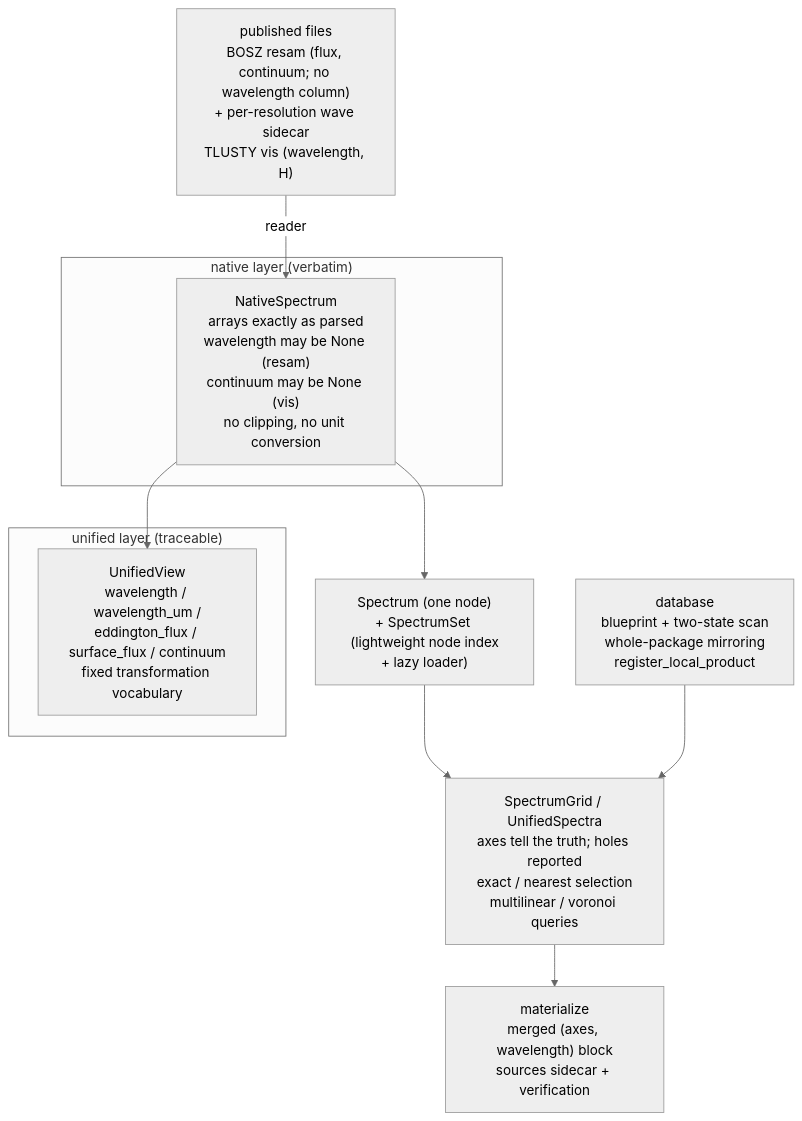
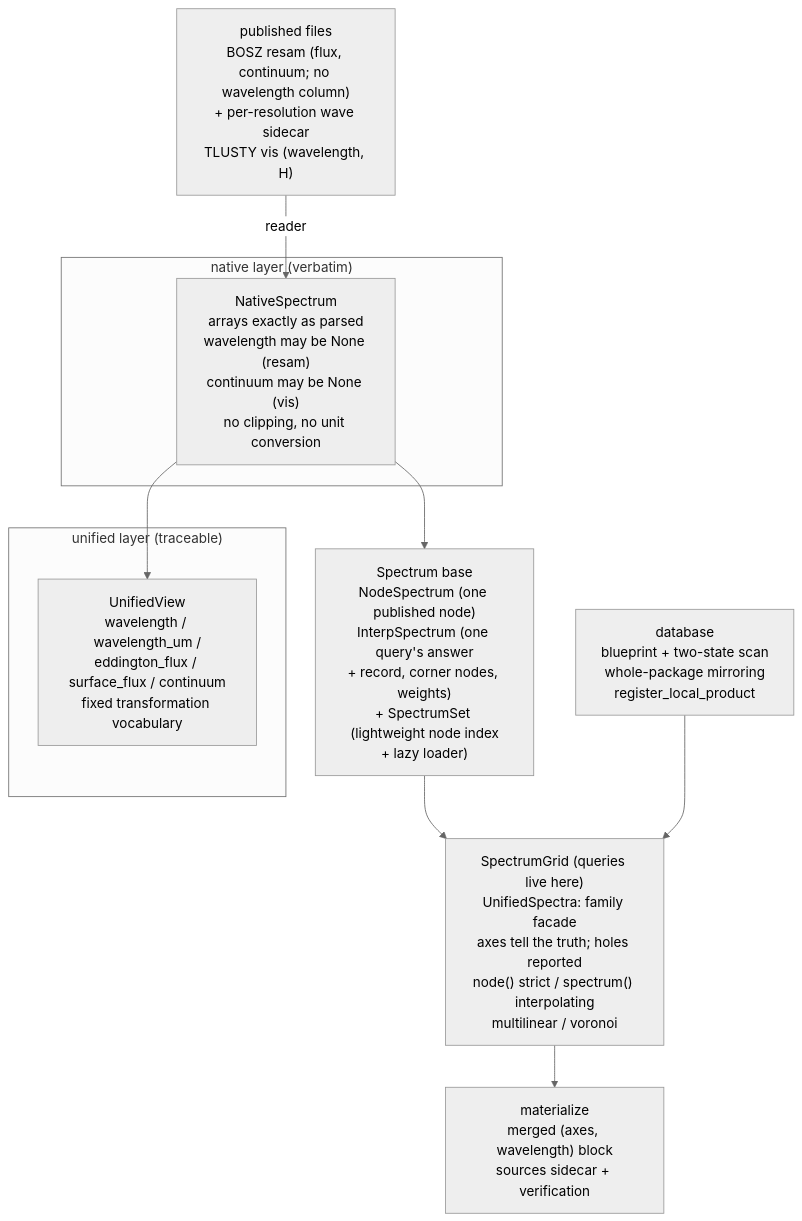
The first of 2 diagrams in docs/architecture.md (astro-jingtao/stellarlib), drawn with Mermaid (neutral theme) before and after one commit. The commit also changed other lines of this file and 15 other files, not shown here.

First line of the commit message:
feat: split node and query interfaces — grid.node/spectrum, NodeSpectrum/InterpSpectrum

````diff
--- a/docs/architecture.md
+++ b/docs/architecture.md
@@ -14,18 +14,18 @@
 ```mermaid
 flowchart TB
     FILES["published files<br/>BOSZ resam (flux, continuum; no wavelength column)<br/>+ per-resolution wave sidecar<br/>TLUSTY vis (wavelength, H)"]
     subgraph NATIVE["native layer (verbatim)"]
         NS["NativeSpectrum<br/>arrays exactly as parsed<br/>wavelength may be None (resam)<br/>continuum may be None (vis)<br/>no clipping, no unit conversion"]
     end
     subgraph UNIFIED["unified layer (traceable)"]
         UV["UnifiedView<br/>wavelength / wavelength_um /<br/>eddington_flux / surface_flux / continuum<br/>fixed transformation vocabulary"]
     end
-    SP["Spectrum (one node)<br/>+ SpectrumSet (lightweight node index<br/>+ lazy loader)"]
-    GRID["SpectrumGrid / UnifiedSpectra<br/>axes tell the truth; holes reported<br/>exact / nearest selection<br/>multilinear / voronoi queries"]
+    SP["Spectrum base<br/>NodeSpectrum (one published node)<br/>InterpSpectrum (one query's answer<br/>+ record, corner nodes, weights)<br/>+ SpectrumSet (lightweight node index<br/>+ lazy loader)"]
+    GRID["SpectrumGrid (queries live here)<br/>UnifiedSpectra: family facade<br/>axes tell the truth; holes reported<br/>node() strict / spectrum() interpolating<br/>multilinear / voronoi"]
     DB["database<br/>blueprint + two-state scan<br/>whole-package mirroring<br/>register_local_product"]
     MAT["materialize<br/>merged (axes, wavelength) block<br/>sources sidecar + verification"]
     FILES -->|"reader"| NS --> SP --> GRID
     NS --> UV
     GRID --> MAT
     DB --> GRID
 ```
````
